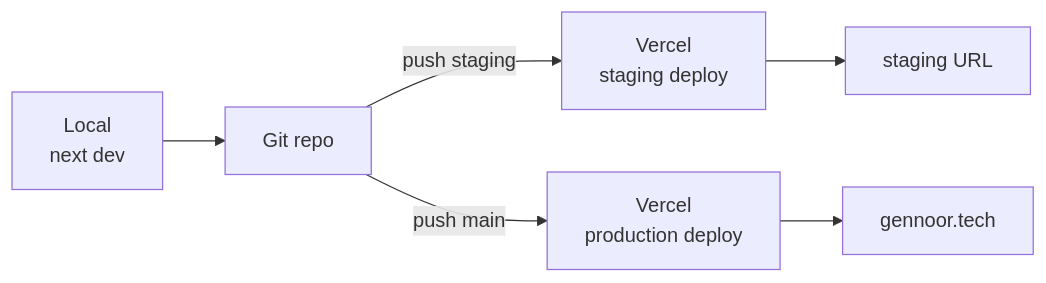
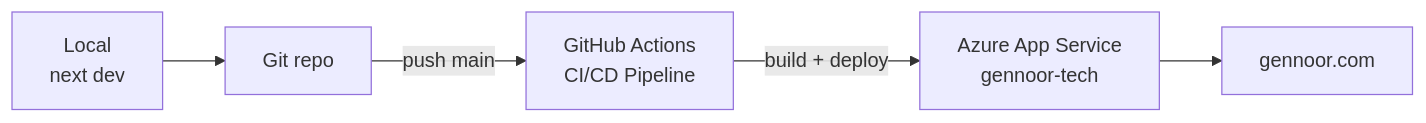
One commit to lostspace003/gennoor-tech changed the ninth of 9 diagrams in docs/ARCHITECTURE.md. Above: the diagram before and after it, drawn with Mermaid. The commit also changed other lines of this file and 10 other files, not shown here.

````diff
--- a/docs/ARCHITECTURE.md
+++ b/docs/ARCHITECTURE.md
@@ -281,8 +281,7 @@
 ```mermaid
 graph LR
     DEV[Local<br/>next dev] --> GIT[Git repo]
-    GIT -- push staging --> VS[Vercel<br/>staging deploy]
-    GIT -- push main --> VP[Vercel<br/>production deploy]
-    VS --> PREVIEW[staging URL]
-    VP --> PROD[gennoor.tech]
+    GIT -- push main --> GHA[GitHub Actions<br/>CI/CD Pipeline]
+    GHA -- build + deploy --> AZ[Azure App Service<br/>gennoor-tech]
+    AZ --> PROD[gennoor.com]
 ```
````
